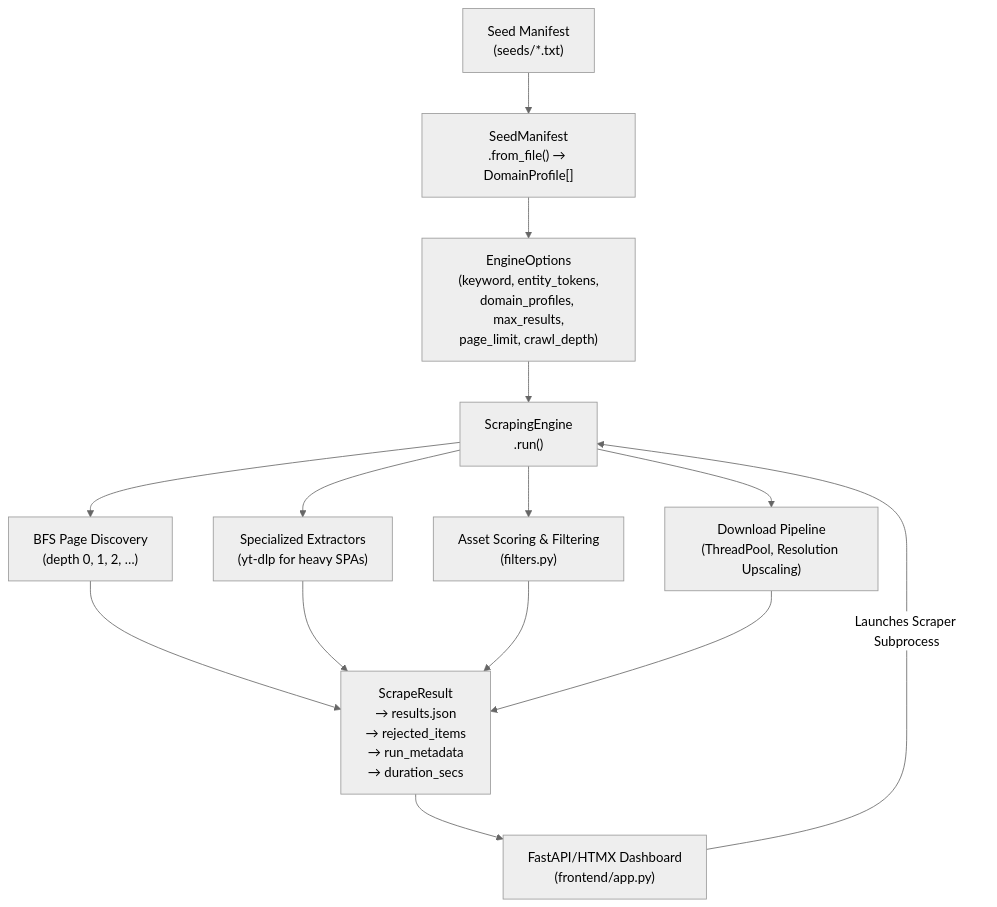
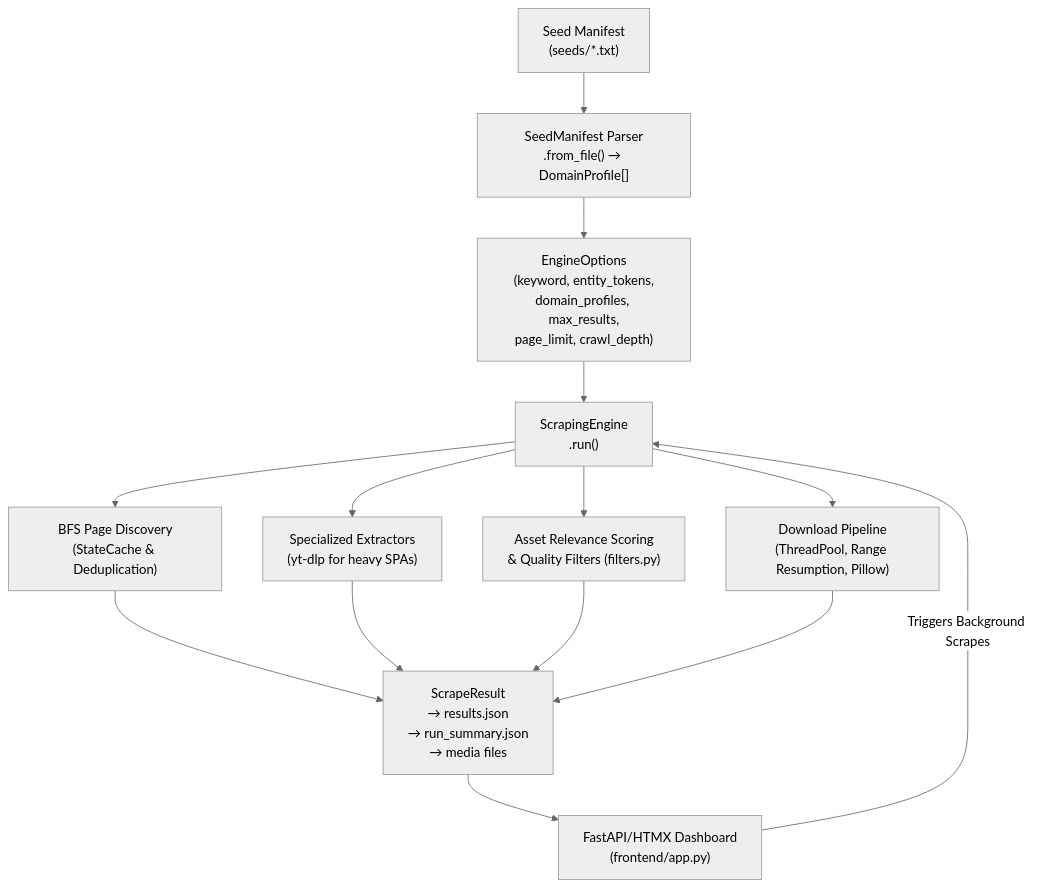
One commit to rhaffle87/scrAPE changed the first of 3 diagrams in docs/ARCHITECTURE.md. Above: the diagram before and after it, drawn with Mermaid (neutral theme). The commit also changed other lines of this file and 11 other files, not shown here.

````diff
--- a/docs/ARCHITECTURE.md
+++ b/docs/ARCHITECTURE.md
@@ -5,22 +9,24 @@
 ```mermaid
 flowchart TD
     SM["Seed Manifest<br/>(seeds/*.txt)"]
-    P["SeedManifest<br/>.from_file() → DomainProfile[]"]
+    P["SeedManifest Parser<br/>.from_file() → DomainProfile[]"]
     EO["EngineOptions<br/>(keyword, entity_tokens,<br/>domain_profiles, max_results,<br/>page_limit, crawl_depth)"]
     SE["ScrapingEngine<br/>.run()"]
-    BF["BFS Page Discovery<br/>(depth 0, 1, 2, …)"]
+
+    BF["BFS Page Discovery<br/>(StateCache & Deduplication)"]
     SPE["Specialized Extractors<br/>(yt-dlp for heavy SPAs)"]
-    AS["Asset Scoring & Filtering<br/>(filters.py)"]
-    DL["Download Pipeline<br/>(ThreadPool, Resolution Upscaling)"]
-    SR["ScrapeResult<br/>→ results.json<br/>→ rejected_items<br/>→ run_metadata<br/>→ duration_secs"]
+    AS["Asset Relevance Scoring<br/>& Quality Filters (filters.py)"]
+    DLP["Download Pipeline<br/>(ThreadPool, Range Resumption, Pillow)"]
+
+    SR["ScrapeResult<br/>→ results.json<br/>→ run_summary.json<br/>→ media files"]
     FD["FastAPI/HTMX Dashboard<br/>(frontend/app.py)"]
 
     SM --> P --> EO --> SE
-    SE --> BF & SPE & AS & DL
+    SE --> BF & SPE & AS & DLP
     BF --> SR
     SPE --> SR
     AS --> SR
-    DL --> SR
+    DLP --> SR
     SR --> FD
-    FD -- Launches Scraper Subprocess --> SE
+    FD -- Triggers Background Scrapes --> SE
 ```
````
